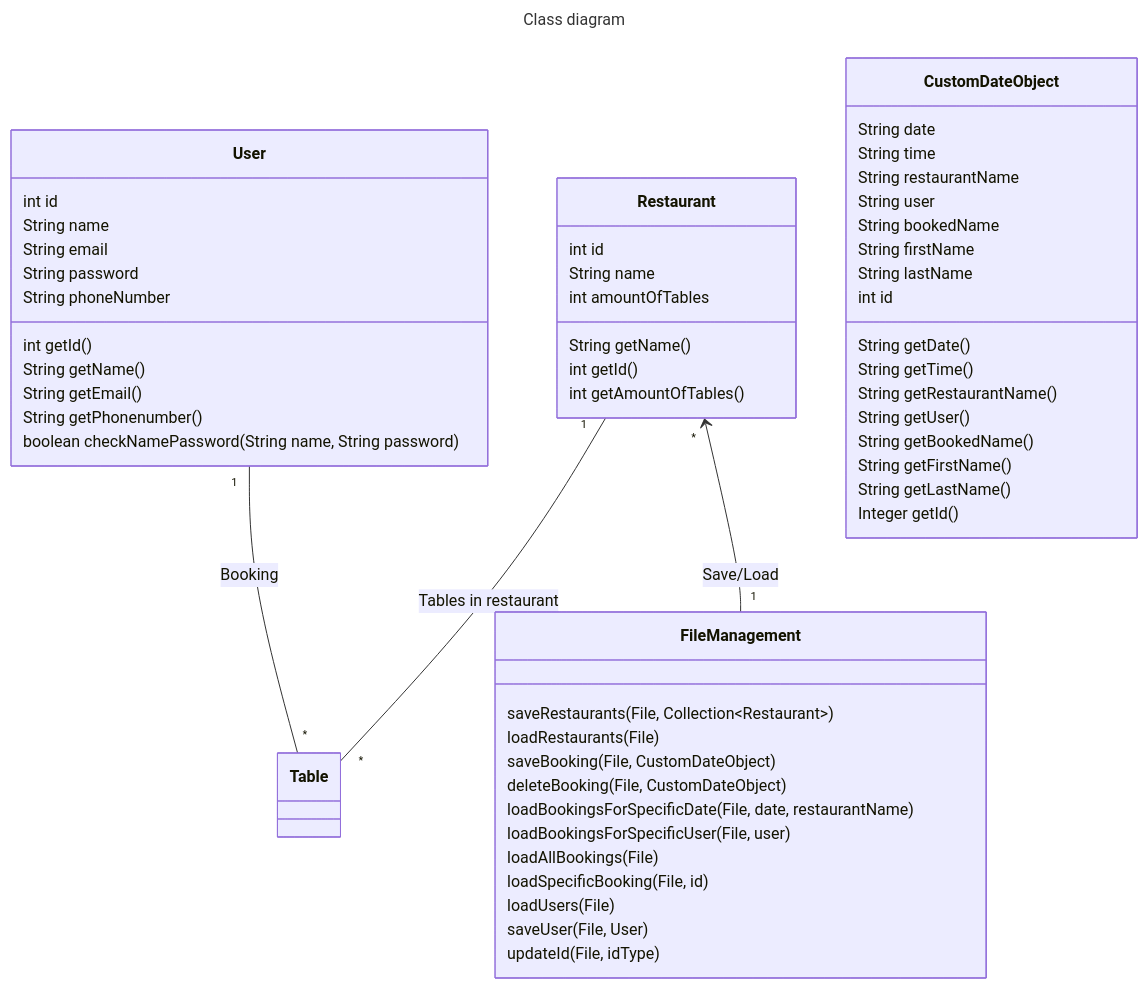
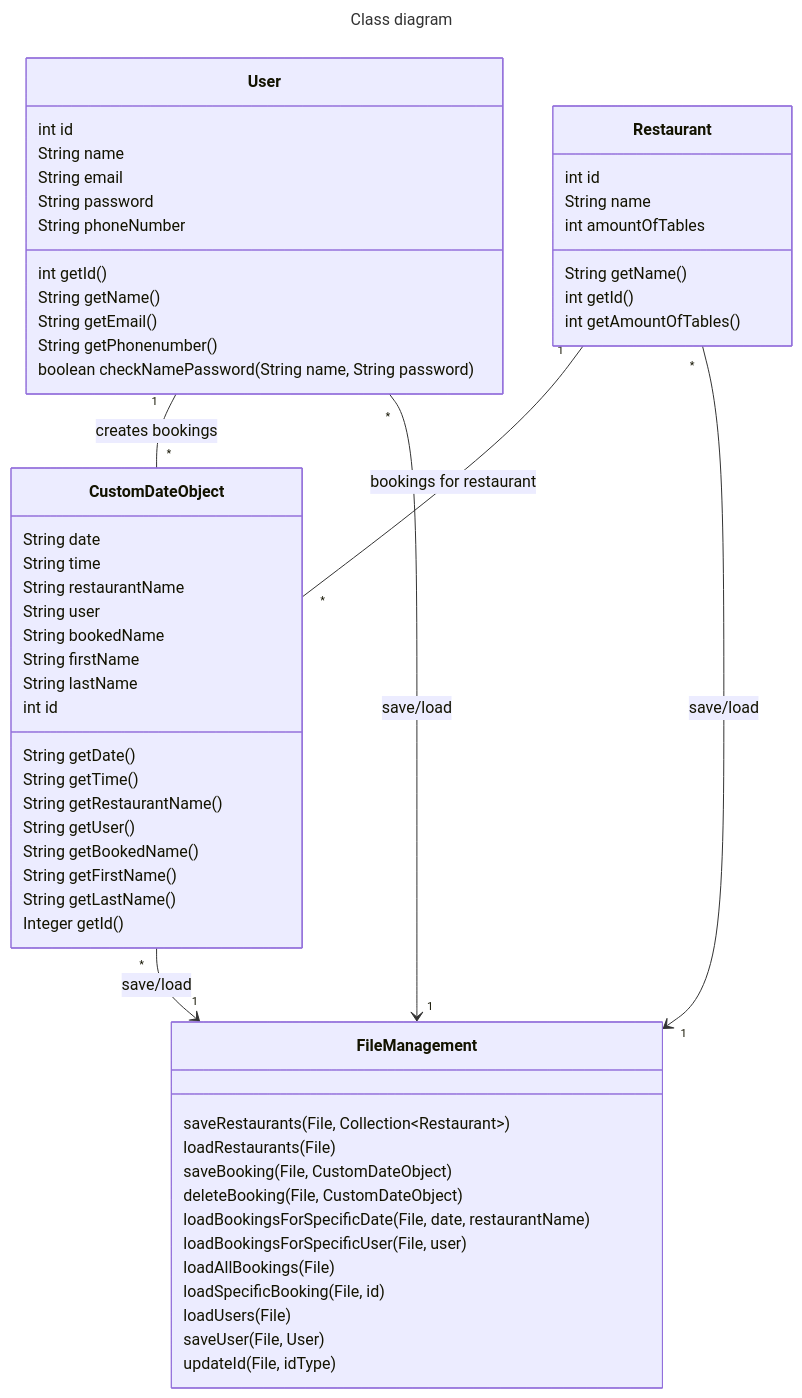
The diagram in class-diagram.md (marsun02/IT1901_Booking_Manager), drawn with Mermaid before and after one commit.

Commit message:
docs: :memo: updated relations #240

````diff
--- a/class-diagram.md
+++ b/class-diagram.md
@@ -1,69 +1,71 @@
 ```mermaid
 ---
 title: Class diagram
 ---
 
 classDiagram
     class User{
         int id
         String name
         String email
         String password
         String phoneNumber
 
         int getId()
         String getName()
         String getEmail()
         String getPhonenumber()
         boolean checkNamePassword(String name, String password)
     }
 
     class Restaurant{
         int id
         String name
         int amountOfTables
 
         String getName()
         int getId()
         int getAmountOfTables()
     }
 
     class CustomDateObject {
         String date
         String time
         String restaurantName
         String user
         String bookedName
         String firstName
         String lastName
         int id
 
         String getDate()
         String getTime()
         String getRestaurantName()
         String getUser()
         String getBookedName()
         String getFirstName()
         String getLastName()
         Integer getId()
     }
 
     class FileManagement{
 
         saveRestaurants(File, Collection~Restaurant~)
         loadRestaurants(File)
         saveBooking(File, CustomDateObject)
         deleteBooking(File, CustomDateObject)
         loadBookingsForSpecificDate(File, date, restaurantName)
         loadBookingsForSpecificUser(File, user)
         loadAllBookings(File)
         loadSpecificBooking(File, id)
         loadUsers(File)
         saveUser(File, User)
         updateId(File, idType)
     }
 
-    User "1" -- "*" Table : Booking
-    Restaurant "1" -- "*" Table : Tables in restaurant
-    Restaurant "*" <-- "1" FileManagement : Save/Load
+    User "1" -- "*" CustomDateObject : creates bookings
+    Restaurant "1" -- "*" CustomDateObject : bookings for restaurant
+    Restaurant "*" --> "1" FileManagement : save/load
+    User "*" --> "1" FileManagement : save/load
+    CustomDateObject "*" --> "1" FileManagement : save/load
 ```
````
